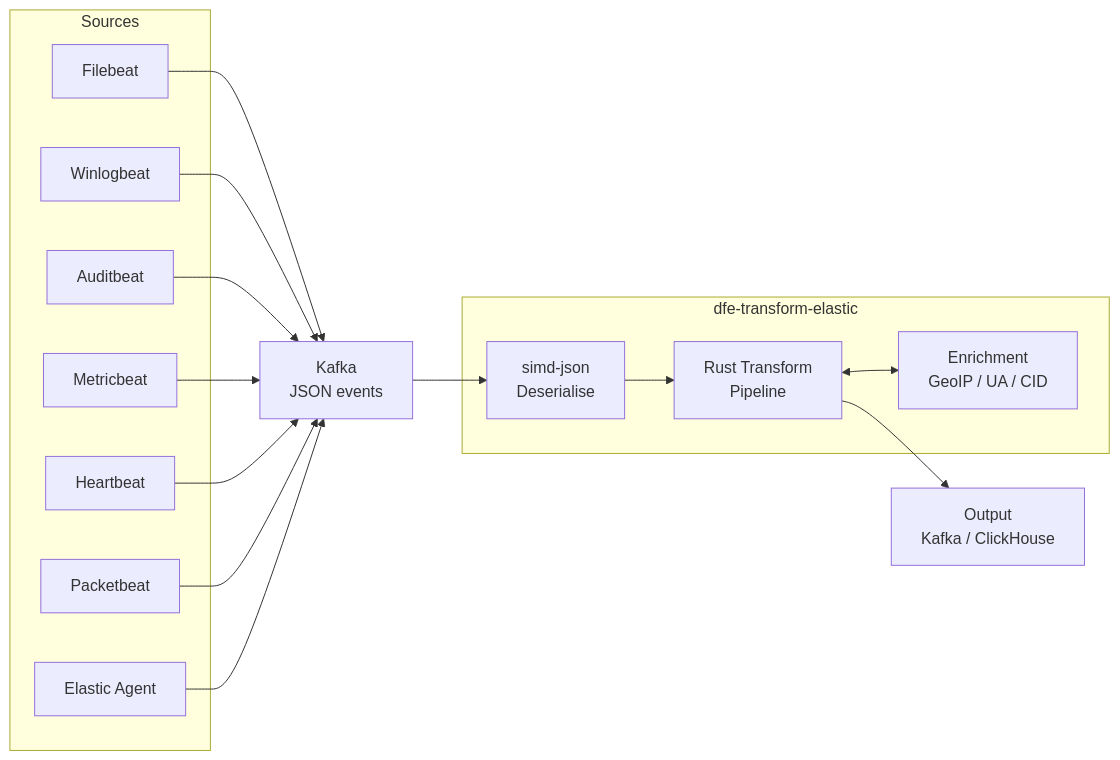
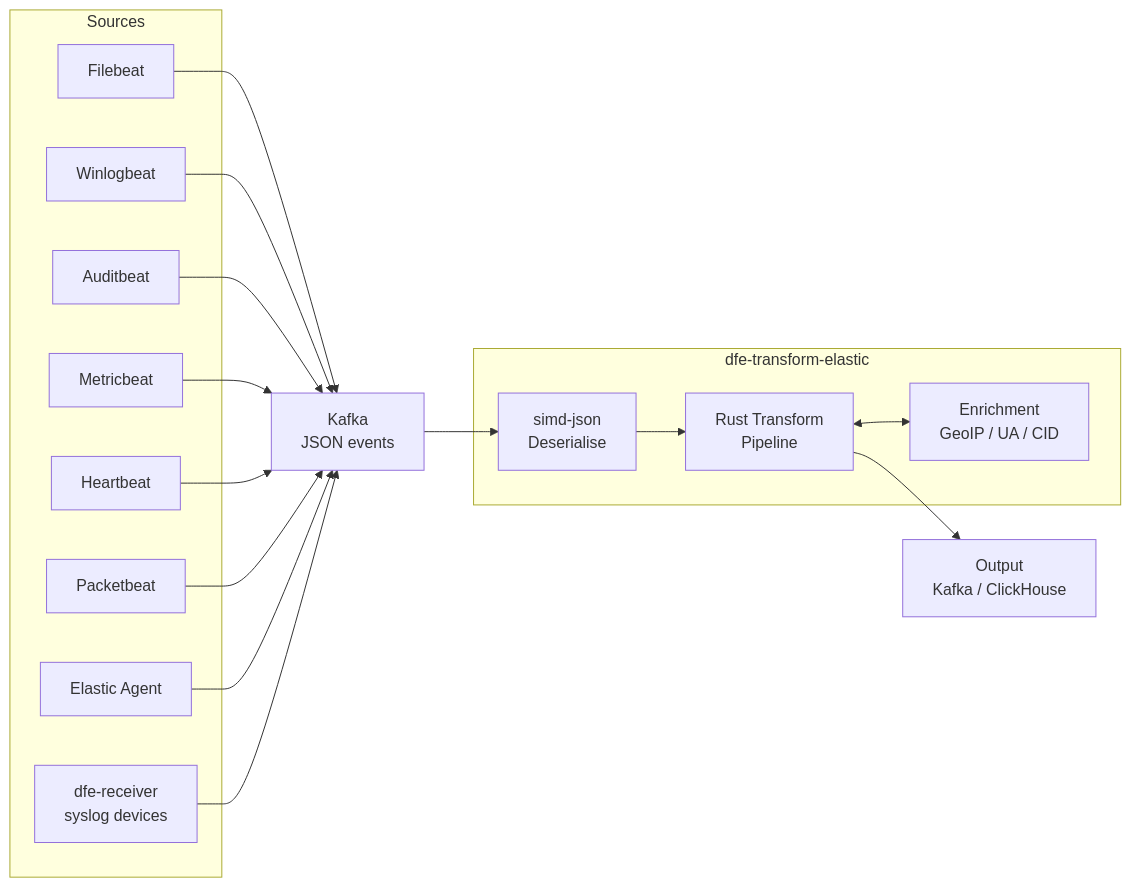
The first of 8 diagrams in docs/DESIGN.md (hyperi-io/dfe-transform-elastic), drawn with Mermaid before and after one commit. The commit also changed other lines of this file and 2 other files, not shown here.

````diff
--- a/docs/DESIGN.md
+++ b/docs/DESIGN.md
@@ -130,26 +80,27 @@
 ```mermaid
 flowchart LR
     subgraph Sources
         FB[Filebeat]
         WB[Winlogbeat]
         AB[Auditbeat]
         MB[Metricbeat]
         HB[Heartbeat]
         PB[Packetbeat]
         EA[Elastic Agent]
+        RX[dfe-receiver<br/>syslog devices]
     end
 
     K[Kafka<br/>JSON events]
 
     subgraph dfe-transform-elastic
         D[simd-json<br/>Deserialise]
         T[Rust Transform<br/>Pipeline]
         E[Enrichment<br/>GeoIP / UA / CID]
     end
 
     O[Output<br/>Kafka / ClickHouse]
 
-    FB & WB & AB & MB & HB & PB & EA --> K
+    FB & WB & AB & MB & HB & PB & EA & RX --> K
     K --> D --> T --> O
     T <--> E
 ```
````
